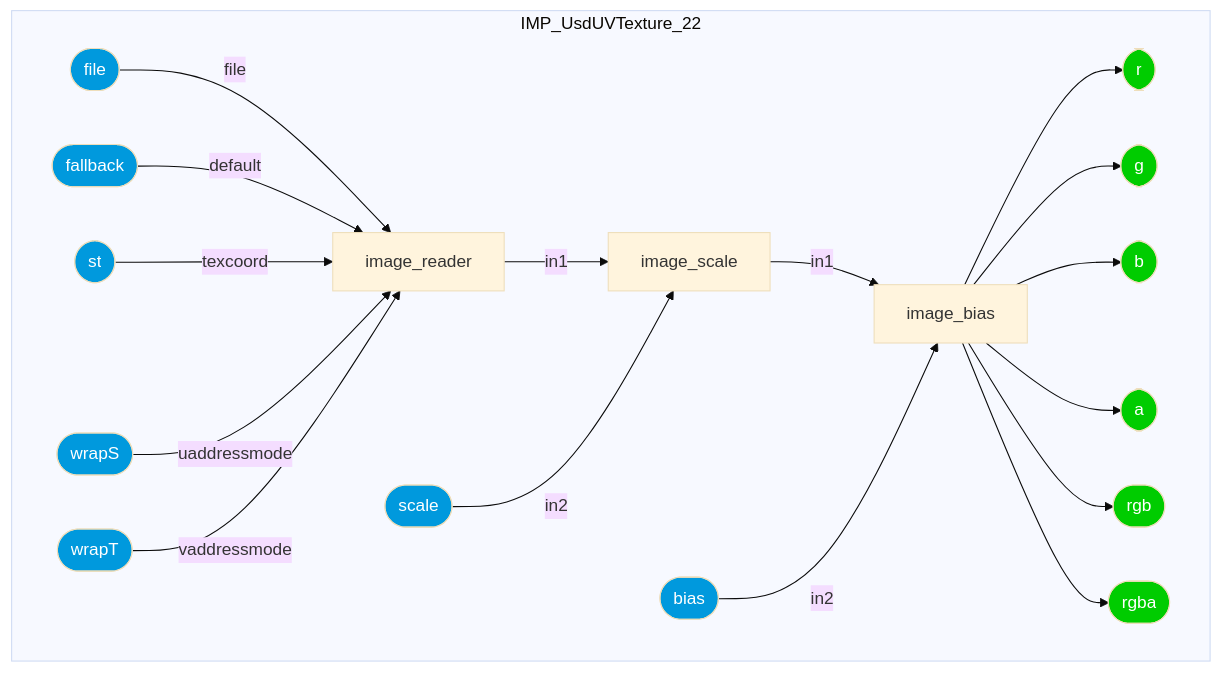
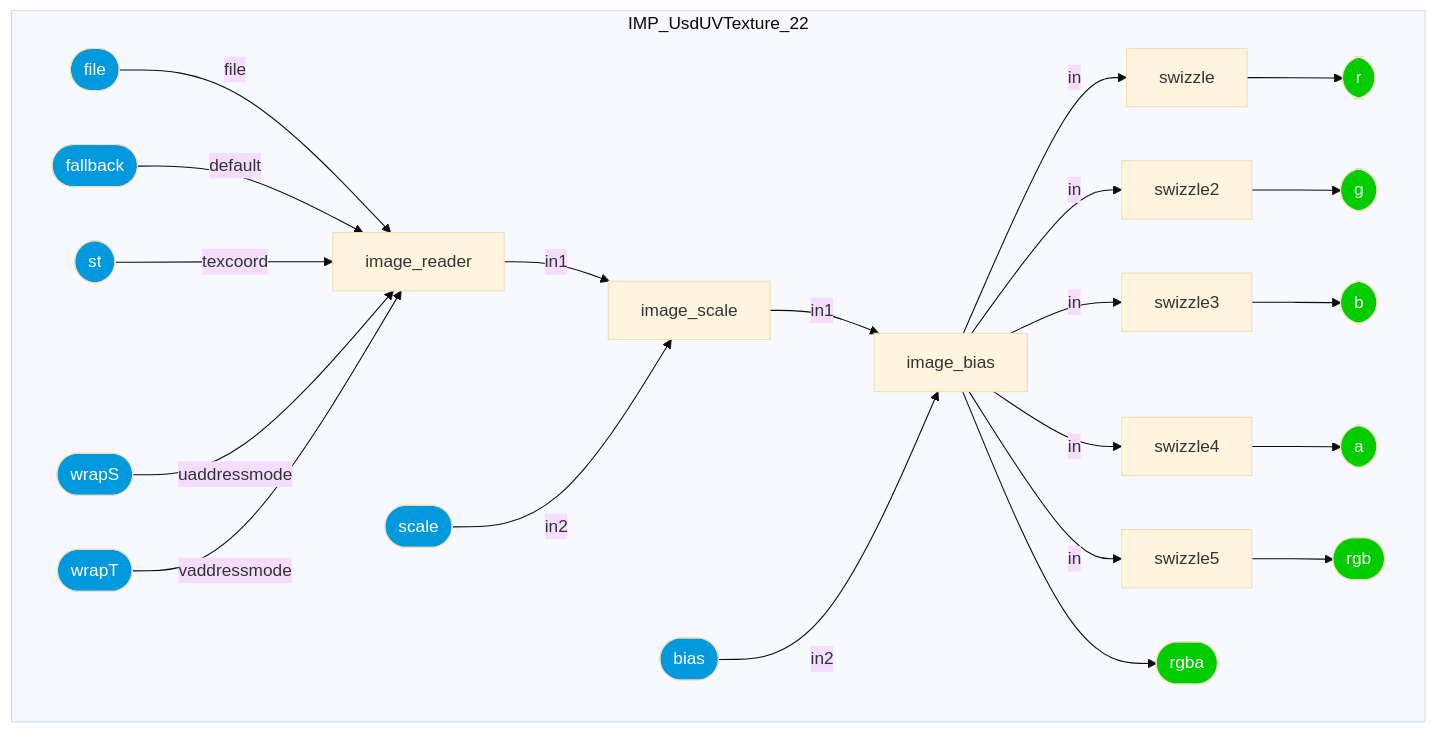
One commit to kwokcb/MaterialX_Learn changed diagram 13 of 36 in documents/definitions/bxdf_doc.md. Above: the diagram before and after it, drawn with Mermaid (base theme). The commit also changed other lines of this file and 934 other files, not shown here.

````diff
--- a/documents/definitions/bxdf_doc.md
+++ b/documents/definitions/bxdf_doc.md
@@ -2158,49 +2140,59 @@
 ```mermaid
 graph TB
     subgraph IMP_UsdUVTexture_22
     IMP_UsdUVTexture_22_image_reader[image_reader]
     IMP_UsdUVTexture_22_image_scale[image_scale]
     IMP_UsdUVTexture_22_image_bias[image_bias]
+    IMP_UsdUVTexture_22_swizzle[swizzle]
     style IMP_UsdUVTexture_22_r  fill:#0C0, color:#FFF
     IMP_UsdUVTexture_22_r([r])
+    IMP_UsdUVTexture_22_swizzle2[swizzle2]
     style IMP_UsdUVTexture_22_g  fill:#0C0, color:#FFF
     IMP_UsdUVTexture_22_g([g])
+    IMP_UsdUVTexture_22_swizzle3[swizzle3]
     style IMP_UsdUVTexture_22_b  fill:#0C0, color:#FFF
     IMP_UsdUVTexture_22_b([b])
+    IMP_UsdUVTexture_22_swizzle4[swizzle4]
     style IMP_UsdUVTexture_22_a  fill:#0C0, color:#FFF
     IMP_UsdUVTexture_22_a([a])
+    IMP_UsdUVTexture_22_swizzle5[swizzle5]
     style IMP_UsdUVTexture_22_rgb  fill:#0C0, color:#FFF
     IMP_UsdUVTexture_22_rgb([rgb])
     style IMP_UsdUVTexture_22_rgba  fill:#0C0, color:#FFF
     IMP_UsdUVTexture_22_rgba([rgba])
     style IMP_UsdUVTexture_22_file  fill:#09D, color:#FFF
     IMP_UsdUVTexture_22_file([file])
     style IMP_UsdUVTexture_22_fallback  fill:#09D, color:#FFF
     IMP_UsdUVTexture_22_fallback([fallback])
     style IMP_UsdUVTexture_22_st  fill:#09D, color:#FFF
     IMP_UsdUVTexture_22_st([st])
     style IMP_UsdUVTexture_22_wrapS  fill:#09D, color:#FFF
     IMP_UsdUVTexture_22_wrapS([wrapS])
     style IMP_UsdUVTexture_22_wrapT  fill:#09D, color:#FFF
     IMP_UsdUVTexture_22_wrapT([wrapT])
     style IMP_UsdUVTexture_22_scale  fill:#09D, color:#FFF
     IMP_UsdUVTexture_22_scale([scale])
     style IMP_UsdUVTexture_22_bias  fill:#09D, color:#FFF
     IMP_UsdUVTexture_22_bias([bias])
     end
     IMP_UsdUVTexture_22_file --"file"--> IMP_UsdUVTexture_22_image_reader
     IMP_UsdUVTexture_22_fallback --"default"--> IMP_UsdUVTexture_22_image_reader
     IMP_UsdUVTexture_22_st --"texcoord"--> IMP_UsdUVTexture_22_image_reader
     IMP_UsdUVTexture_22_wrapS --"uaddressmode"--> IMP_UsdUVTexture_22_image_reader
     IMP_UsdUVTexture_22_wrapT --"vaddressmode"--> IMP_UsdUVTexture_22_image_reader
     IMP_UsdUVTexture_22_image_reader --"in1"--> IMP_UsdUVTexture_22_image_scale
     IMP_UsdUVTexture_22_scale --"in2"--> IMP_UsdUVTexture_22_image_scale
     IMP_UsdUVTexture_22_image_scale --"in1"--> IMP_UsdUVTexture_22_image_bias
     IMP_UsdUVTexture_22_bias --"in2"--> IMP_UsdUVTexture_22_image_bias
-    IMP_UsdUVTexture_22_image_bias --> IMP_UsdUVTexture_22_r
-    IMP_UsdUVTexture_22_image_bias --> IMP_UsdUVTexture_22_g
-    IMP_UsdUVTexture_22_image_bias --> IMP_UsdUVTexture_22_b
-    IMP_UsdUVTexture_22_image_bias --> IMP_UsdUVTexture_22_a
-    IMP_UsdUVTexture_22_image_bias --> IMP_UsdUVTexture_22_rgb
+    IMP_UsdUVTexture_22_image_bias --"in"--> IMP_UsdUVTexture_22_swizzle
+    IMP_UsdUVTexture_22_swizzle --> IMP_UsdUVTexture_22_r
+    IMP_UsdUVTexture_22_image_bias --"in"--> IMP_UsdUVTexture_22_swizzle2
+    IMP_UsdUVTexture_22_swizzle2 --> IMP_UsdUVTexture_22_g
+    IMP_UsdUVTexture_22_image_bias --"in"--> IMP_UsdUVTexture_22_swizzle3
+    IMP_UsdUVTexture_22_swizzle3 --> IMP_UsdUVTexture_22_b
+    IMP_UsdUVTexture_22_image_bias --"in"--> IMP_UsdUVTexture_22_swizzle4
+    IMP_UsdUVTexture_22_swizzle4 --> IMP_UsdUVTexture_22_a
+    IMP_UsdUVTexture_22_image_bias --"in"--> IMP_UsdUVTexture_22_swizzle5
+    IMP_UsdUVTexture_22_swizzle5 --> IMP_UsdUVTexture_22_rgb
     IMP_UsdUVTexture_22_image_bias --> IMP_UsdUVTexture_22_rgba
 ```
````
